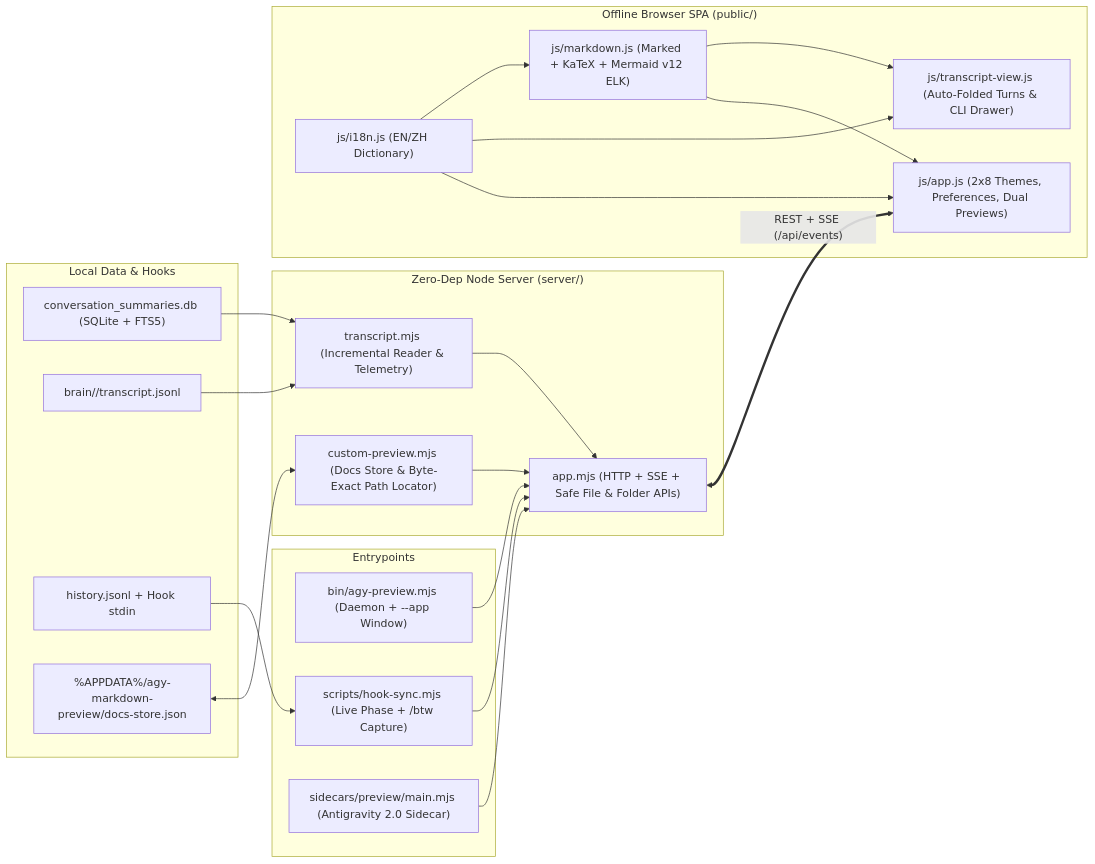
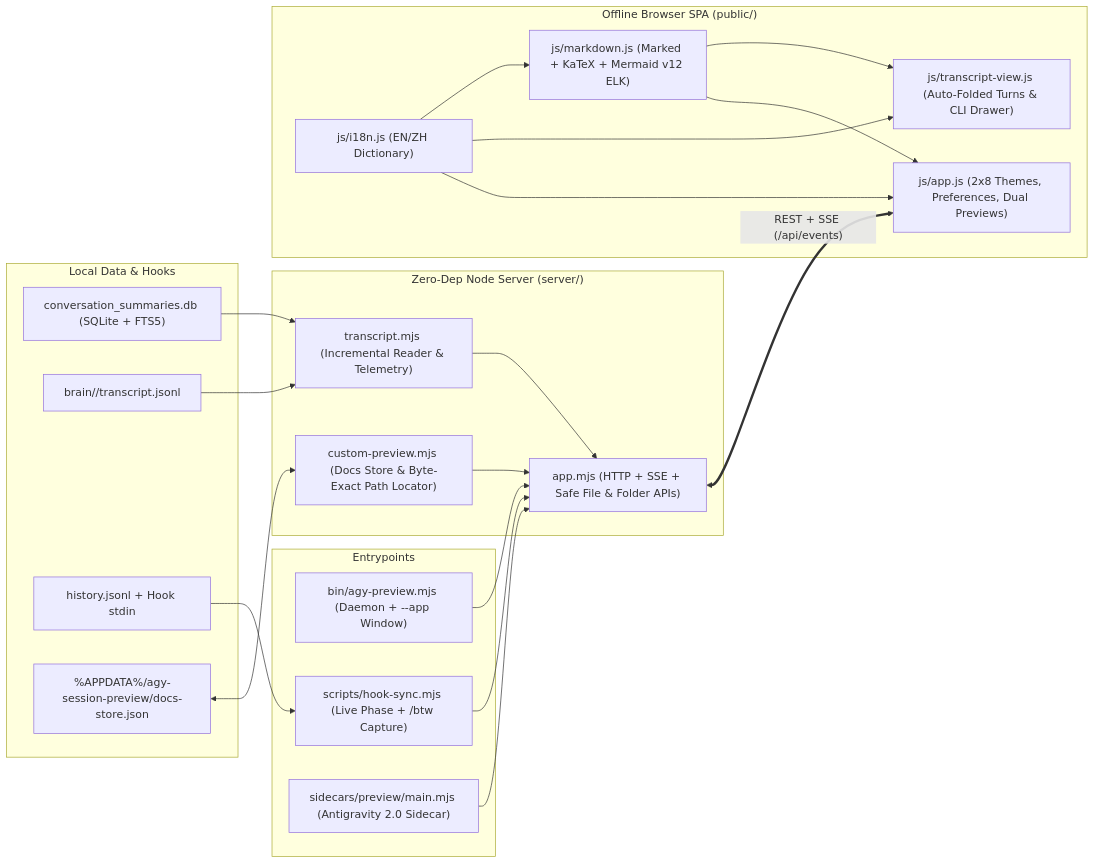
Before and after one commit to ChengzhuUwU/antigravity-markdown-preview: the diagram in HANDOFF.md, drawn with Mermaid. The commit also changed other lines of this file and 19 other files, not shown here.

Commit message:
refactor(plugin): rename plugin ID and display name to agy-session-preview (Session Preview)

````diff
--- a/HANDOFF.md
+++ b/HANDOFF.md
@@ -36,40 +36,40 @@
 ```mermaid
 flowchart LR
   subgraph Data["Local Data & Hooks"]
     DB["conversation_summaries.db (SQLite + FTS5)"]
     JSONL["brain/<id>/transcript.jsonl"]
     HIST["history.jsonl + Hook stdin"]
-    DOCS["%APPDATA%/agy-markdown-preview/docs-store.json"]
+    DOCS["%APPDATA%/agy-session-preview/docs-store.json"]
   end
 
   subgraph Backend["Zero-Dep Node Server (server/)"]
     TR["transcript.mjs (Incremental Reader & Telemetry)"]
     CP["custom-preview.mjs (Docs Store & Byte-Exact Path Locator)"]
     APP["app.mjs (HTTP + SSE + Safe File & Folder APIs)"]
   end
 
   subgraph Entrypoints["Entrypoints"]
     CLI["bin/agy-preview.mjs (Daemon + --app Window)"]
     HK["scripts/hook-sync.mjs (Live Phase + /btw Capture)"]
     SC["sidecars/preview/main.mjs (Antigravity 2.0 Sidecar)"]
   end
 
   subgraph Frontend["Offline Browser SPA (public/)"]
     I18N["js/i18n.js (EN/ZH Dictionary)"]
     MD["js/markdown.js (Marked + KaTeX + Mermaid v12 ELK)"]
     TV["js/transcript-view.js (Auto-Folded Turns & CLI Drawer)"]
     UI["js/app.js (2x8 Themes, Preferences, Dual Previews)"]
   end
 
   DB --> TR
   JSONL --> TR
   HIST --> HK --> APP
   DOCS <--> CP
   TR --> APP
   CP --> APP
   CLI --> APP
   SC --> APP
   APP <==>|"REST + SSE (/api/events)"| UI
   I18N --> MD & TV & UI
   MD --> TV & UI
 ```
````
